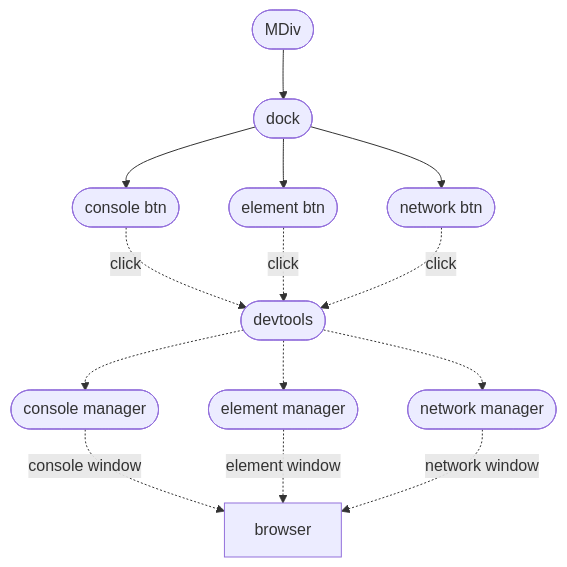
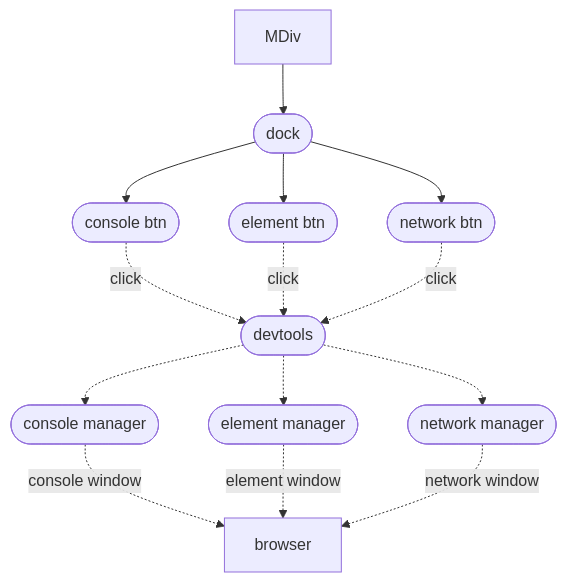
Before and after one commit to moo-m/MDev: the first of 2 diagrams in README.md, drawn with Mermaid.

````diff
--- a/README.md
+++ b/README.md
@@ -91,38 +91,39 @@
 ```mermaid
 flowchart TB
 
-MDiv([MDiv])
+MDiv[MDiv]
 
 Dock([dock])
-
-MDiv --> Dock
 
 ConsoleBtn([console btn])
 ElementBtn([element btn])
 NetworkBtn([network btn])
 
+DevTools([devtools])
+
+ConsoleManager([console manager])
+ElementManager([element manager])
+NetworkManager([network manager])
+
+Browser[browser]
+
+MDiv --> Dock
+
 Dock --> ConsoleBtn
 Dock --> ElementBtn
 Dock --> NetworkBtn
-
-DevTools([devtools])
 
 ConsoleBtn -.-> |click| DevTools
 ElementBtn -.-> |click| DevTools
 NetworkBtn -.-> |click| DevTools
 
-ConsoleManager([console manager])
-ElementManager([element manager])
-NetworkManager([network manager])
-
 DevTools -.-> ConsoleManager
 DevTools -.-> ElementManager
 DevTools -.-> NetworkManager
-
-Browser[browser]
 
 ConsoleManager -. console window .-> Browser
 ElementManager -. element window .-> Browser
 NetworkManager -. network window .-> Browser
 
+
 ```
````
